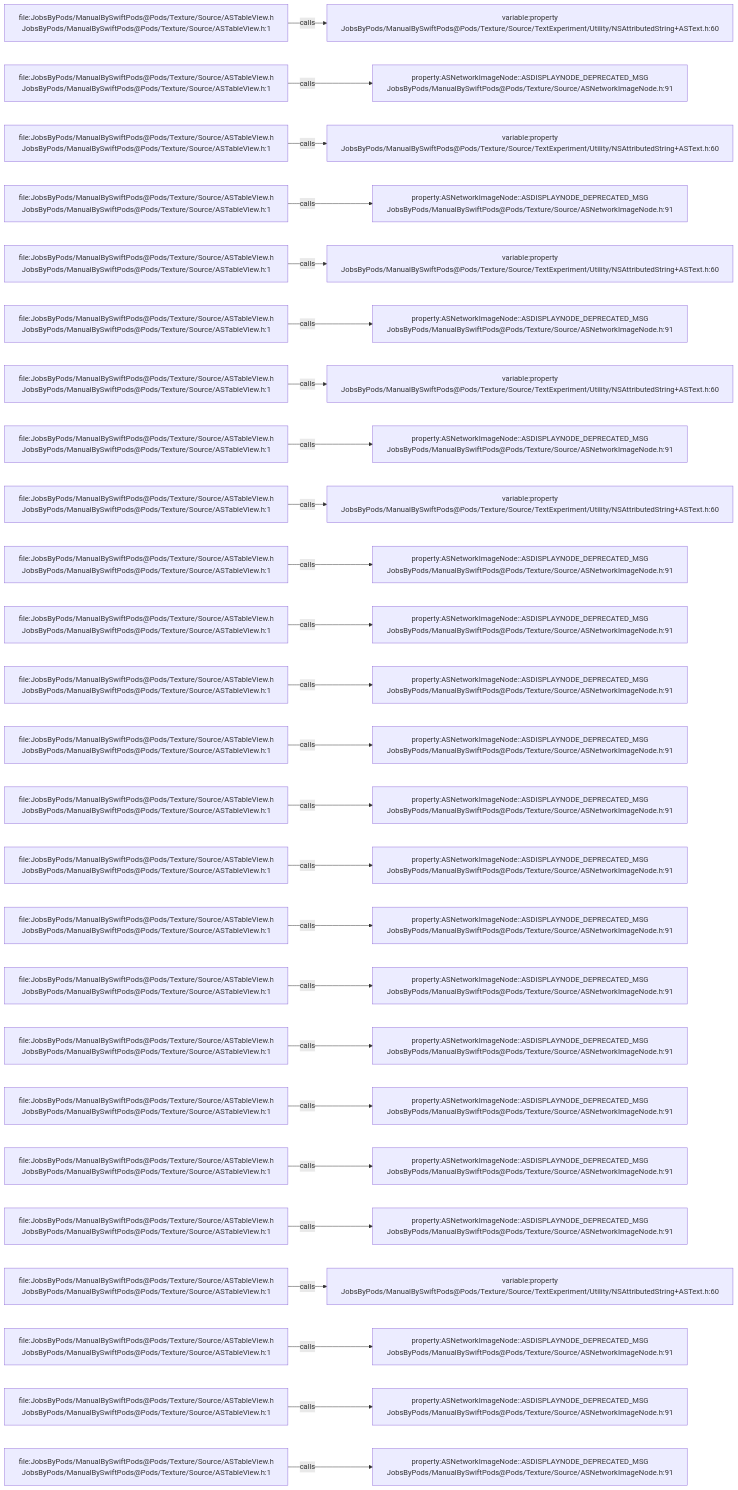
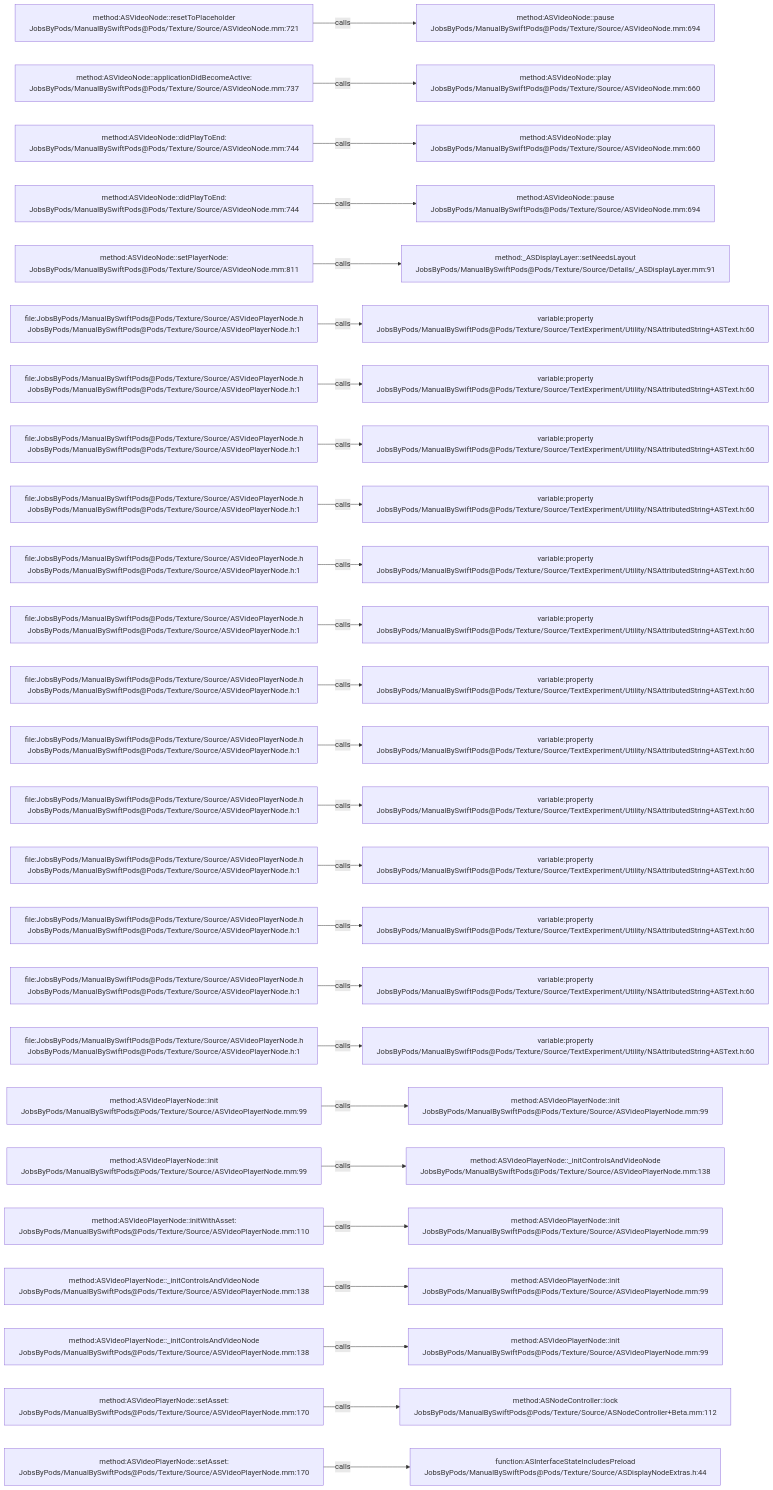
The diagram in .codegraph/codegraph.md/graphs/calls-076.md (JobsKits/JobsSwiftBaseConfigDemo), drawn with Mermaid before and after one commit. The commit also changed 832 other files, not shown here.

````diff
--- a/.codegraph/codegraph.md/graphs/calls-076.md
+++ b/.codegraph/codegraph.md/graphs/calls-076.md
@@ -13,78 +13,78 @@
 ```mermaid
 flowchart LR
-  S1["file:JobsByPods/ManualBySwiftPods@Pods/Texture/Source/ASTableView.h<br/>JobsByPods/ManualBySwiftPods@Pods/Texture/Source/ASTableView.h:1"]
-  T1["variable:property<br/>JobsByPods/ManualBySwiftPods@Pods/Texture/Source/TextExperiment/Utility/NSAttributedString+ASText.h:60"]
+  S1["method:ASVideoNode::resetToPlaceholder<br/>JobsByPods/ManualBySwiftPods@Pods/Texture/Source/ASVideoNode.mm:721"]
+  T1["method:ASVideoNode::pause<br/>JobsByPods/ManualBySwiftPods@Pods/Texture/Source/ASVideoNode.mm:694"]
   S1 -->|calls| T1
-  S2["file:JobsByPods/ManualBySwiftPods@Pods/Texture/Source/ASTableView.h<br/>JobsByPods/ManualBySwiftPods@Pods/Texture/Source/ASTableView.h:1"]
-  T2["property:ASNetworkImageNode::ASDISPLAYNODE_DEPRECATED_MSG<br/>JobsByPods/ManualBySwiftPods@Pods/Texture/Source/ASNetworkImageNode.h:91"]
+  S2["method:ASVideoNode::applicationDidBecomeActive:<br/>JobsByPods/ManualBySwiftPods@Pods/Texture/Source/ASVideoNode.mm:737"]
+  T2["method:ASVideoNode::play<br/>JobsByPods/ManualBySwiftPods@Pods/Texture/Source/ASVideoNode.mm:660"]
   S2 -->|calls| T2
-  S3["file:JobsByPods/ManualBySwiftPods@Pods/Texture/Source/ASTableView.h<br/>JobsByPods/ManualBySwiftPods@Pods/Texture/Source/ASTableView.h:1"]
-  T3["variable:property<br/>JobsByPods/ManualBySwiftPods@Pods/Texture/Source/TextExperiment/Utility/NSAttributedString+ASText.h:60"]
+  S3["method:ASVideoNode::didPlayToEnd:<br/>JobsByPods/ManualBySwiftPods@Pods/Texture/Source/ASVideoNode.mm:744"]
+  T3["method:ASVideoNode::play<br/>JobsByPods/ManualBySwiftPods@Pods/Texture/Source/ASVideoNode.mm:660"]
   S3 -->|calls| T3
-  S4["file:JobsByPods/ManualBySwiftPods@Pods/Texture/Source/ASTableView.h<br/>JobsByPods/ManualBySwiftPods@Pods/Texture/Source/ASTableView.h:1"]
-  T4["property:ASNetworkImageNode::ASDISPLAYNODE_DEPRECATED_MSG<br/>JobsByPods/ManualBySwiftPods@Pods/Texture/Source/ASNetworkImageNode.h:91"]
+  S4["method:ASVideoNode::didPlayToEnd:<br/>JobsByPods/ManualBySwiftPods@Pods/Texture/Source/ASVideoNode.mm:744"]
+  T4["method:ASVideoNode::pause<br/>JobsByPods/ManualBySwiftPods@Pods/Texture/Source/ASVideoNode.mm:694"]
   S4 -->|calls| T4
-  S5["file:JobsByPods/ManualBySwiftPods@Pods/Texture/Source/ASTableView.h<br/>JobsByPods/ManualBySwiftPods@Pods/Texture/Source/ASTableView.h:1"]
-  T5["variable:property<br/>JobsByPods/ManualBySwiftPods@Pods/Texture/Source/TextExperiment/Utility/NSAttributedString+ASText.h:60"]
+  S5["method:ASVideoNode::setPlayerNode:<br/>JobsByPods/ManualBySwiftPods@Pods/Texture/Source/ASVideoNode.mm:811"]
+  T5["method:_ASDisplayLayer::setNeedsLayout<br/>JobsByPods/ManualBySwiftPods@Pods/Texture/Source/Details/_ASDisplayLayer.mm:91"]
   S5 -->|calls| T5
-  S6["file:JobsByPods/ManualBySwiftPods@Pods/Texture/Source/ASTableView.h<br/>JobsByPods/ManualBySwiftPods@Pods/Texture/Source/ASTableView.h:1"]
-  T6["property:ASNetworkImageNode::ASDISPLAYNODE_DEPRECATED_MSG<br/>JobsByPods/ManualBySwiftPods@Pods/Texture/Source/ASNetworkImageNode.h:91"]
+  S6["file:JobsByPods/ManualBySwiftPods@Pods/Texture/Source/ASVideoPlayerNode.h<br/>JobsByPods/ManualBySwiftPods@Pods/Texture/Source/ASVideoPlayerNode.h:1"]
+  T6["variable:property<br/>JobsByPods/ManualBySwiftPods@Pods/Texture/Source/TextExperiment/Utility/NSAttributedString+ASText.h:60"]
   S6 -->|calls| T6
-  S7["file:JobsByPods/ManualBySwiftPods@Pods/Texture/Source/ASTableView.h<br/>JobsByPods/ManualBySwiftPods@Pods/Texture/Source/ASTableView.h:1"]
+  S7["file:JobsByPods/ManualBySwiftPods@Pods/Texture/Source/ASVideoPlayerNode.h<br/>JobsByPods/ManualBySwiftPods@Pods/Texture/Source/ASVideoPlayerNode.h:1"]
   T7["variable:property<br/>JobsByPods/ManualBySwiftPods@Pods/Texture/Source/TextExperiment/Utility/NSAttributedString+ASText.h:60"]
   S7 -->|calls| T7
-  S8["file:JobsByPods/ManualBySwiftPods@Pods/Texture/Source/ASTableView.h<br/>JobsByPods/ManualBySwiftPods@Pods/Texture/Source/ASTableView.h:1"]
-  T8["property:ASNetworkImageNode::ASDISPLAYNODE_DEPRECATED_MSG<br/>JobsByPods/ManualBySwiftPods@Pods/Texture/Source/ASNetworkImageNode.h:91"]
+  S8["file:JobsByPods/ManualBySwiftPods@Pods/Texture/Source/ASVideoPlayerNode.h<br/>JobsByPods/ManualBySwiftPods@Pods/Texture/Source/ASVideoPlayerNode.h:1"]
+  T8["variable:property<br/>JobsByPods/ManualBySwiftPods@Pods/Texture/Source/TextExperiment/Utility/NSAttributedString+ASText.h:60"]
   S8 -->|calls| T8
-  S9["file:JobsByPods/ManualBySwiftPods@Pods/Texture/Source/ASTableView.h<br/>JobsByPods/ManualBySwiftPods@Pods/Texture/Source/ASTableView.h:1"]
+  S9["file:JobsByPods/ManualBySwiftPods@Pods/Texture/Source/ASVideoPlayerNode.h<br/>JobsByPods/ManualBySwiftPods@Pods/Texture/Source/ASVideoPlayerNode.h:1"]
   T9["variable:property<br/>JobsByPods/ManualBySwiftPods@Pods/Texture/Source/TextExperiment/Utility/NSAttributedString+ASText.h:60"]
   S9 -->|calls| T9
-  S10["file:JobsByPods/ManualBySwiftPods@Pods/Texture/Source/ASTableView.h<br/>JobsByPods/ManualBySwiftPods@Pods/Texture/Source/ASTableView.h:1"]
-  T10["property:ASNetworkImageNode::ASDISPLAYNODE_DEPRECATED_MSG<br/>JobsByPods/ManualBySwiftPods@Pods/Texture/Source/ASNetworkImageNode.h:91"]
+  S10["file:JobsByPods/ManualBySwiftPods@Pods/Texture/Source/ASVideoPlayerNode.h<br/>JobsByPods/ManualBySwiftPods@Pods/Texture/Source/ASVideoPlayerNode.h:1"]
+  T10["variable:property<br/>JobsByPods/ManualBySwiftPods@Pods/Texture/Source/TextExperiment/Utility/NSAttributedString+ASText.h:60"]
   S10 -->|calls| T10
-  S11["file:JobsByPods/ManualBySwiftPods@Pods/Texture/Source/ASTableView.h<br/>JobsByPods/ManualBySwiftPods@Pods/Texture/Source/ASTableView.h:1"]
-  T11["property:ASNetworkImageNode::ASDISPLAYNODE_DEPRECATED_MSG<br/>JobsByPods/ManualBySwiftPods@Pods/Texture/Source/ASNetworkImageNode.h:91"]
+  S11["file:JobsByPods/ManualBySwiftPods@Pods/Texture/Source/ASVideoPlayerNode.h<br/>JobsByPods/ManualBySwiftPods@Pods/Texture/Source/ASVideoPlayerNode.h:1"]
+  T11["variable:property<br/>JobsByPods/ManualBySwiftPods@Pods/Texture/Source/TextExperiment/Utility/NSAttributedString+ASText.h:60"]
   S11 -->|calls| T11
-  S12["file:JobsByPods/ManualBySwiftPods@Pods/Texture/Source/ASTableView.h<br/>JobsByPods/ManualBySwiftPods@Pods/Texture/Source/ASTableView.h:1"]
-  T12["property:ASNetworkImageNode::ASDISPLAYNODE_DEPRECATED_MSG<br/>JobsByPods/ManualBySwiftPods@Pods/Texture/Source/ASNetworkImageNode.h:91"]
+  S12["file:JobsByPods/ManualBySwiftPods@Pods/Texture/Source/ASVideoPlayerNode.h<br/>JobsByPods/ManualBySwiftPods@Pods/Texture/Source/ASVideoPlayerNode.h:1"]
+  T12["variable:property<br/>JobsByPods/ManualBySwiftPods@Pods/Texture/Source/TextExperiment/Utility/NSAttributedString+ASText.h:60"]
   S12 -->|calls| T12
-  S13["file:JobsByPods/ManualBySwiftPods@Pods/Texture/Source/ASTableView.h<br/>JobsByPods/ManualBySwiftPods@Pods/Texture/Source/ASTableView.h:1"]
-  T13["property:ASNetworkImageNode::ASDISPLAYNODE_DEPRECATED_MSG<br/>JobsByPods/ManualBySwiftPods@Pods/Texture/Source/ASNetworkImageNode.h:91"]
+  S13["file:JobsByPods/ManualBySwiftPods@Pods/Texture/Source/ASVideoPlayerNode.h<br/>JobsByPods/ManualBySwiftPods@Pods/Texture/Source/ASVideoPlayerNode.h:1"]
+  T13["variable:property<br/>JobsByPods/ManualBySwiftPods@Pods/Texture/Source/TextExperiment/Utility/NSAttributedString+ASText.h:60"]
   S13 -->|calls| T13
-  S14["file:JobsByPods/ManualBySwiftPods@Pods/Texture/Source/ASTableView.h<br/>JobsByPods/ManualBySwiftPods@Pods/Texture/Source/ASTableView.h:1"]
-  T14["property:ASNetworkImageNode::ASDISPLAYNODE_DEPRECATED_MSG<br/>JobsByPods/ManualBySwiftPods@Pods/Texture/Source/ASNetworkImageNode.h:91"]
+  S14["file:JobsByPods/ManualBySwiftPods@Pods/Texture/Source/ASVideoPlayerNode.h<br/>JobsByPods/ManualBySwiftPods@Pods/Texture/Source/ASVideoPlayerNode.h:1"]
+  T14["variable:property<br/>JobsByPods/ManualBySwiftPods@Pods/Texture/Source/TextExperiment/Utility/NSAttributedString+ASText.h:60"]
   S14 -->|calls| T14
-  S15["file:JobsByPods/ManualBySwiftPods@Pods/Texture/Source/ASTableView.h<br/>JobsByPods/ManualBySwiftPods@Pods/Texture/Source/ASTableView.h:1"]
-  T15["property:ASNetworkImageNode::ASDISPLAYNODE_DEPRECATED_MSG<br/>JobsByPods/ManualBySwiftPods@Pods/Texture/Source/ASNetworkImageNode.h:91"]
+  S15["file:JobsByPods/ManualBySwiftPods@Pods/Texture/Source/ASVideoPlayerNode.h<br/>JobsByPods/ManualBySwiftPods@Pods/Texture/Source/ASVideoPlayerNode.h:1"]
+  T15["variable:property<br/>JobsByPods/ManualBySwiftPods@Pods/Texture/Source/TextExperiment/Utility/NSAttributedString+ASText.h:60"]
   S15 -->|calls| T15
-  S16["file:JobsByPods/ManualBySwiftPods@Pods/Texture/Source/ASTableView.h<br/>JobsByPods/ManualBySwiftPods@Pods/Texture/Source/ASTableView.h:1"]
-  T16["property:ASNetworkImageNode::ASDISPLAYNODE_DEPRECATED_MSG<br/>JobsByPods/ManualBySwiftPods@Pods/Texture/Source/ASNetworkImageNode.h:91"]
+  S16["file:JobsByPods/ManualBySwiftPods@Pods/Texture/Source/ASVideoPlayerNode.h<br/>JobsByPods/ManualBySwiftPods@Pods/Texture/Source/ASVideoPlayerNode.h:1"]
+  T16["variable:property<br/>JobsByPods/ManualBySwiftPods@Pods/Texture/Source/TextExperiment/Utility/NSAttributedString+ASText.h:60"]
   S16 -->|calls| T16
-  S17["file:JobsByPods/ManualBySwiftPods@Pods/Texture/Source/ASTableView.h<br/>JobsByPods/ManualBySwiftPods@Pods/Texture/Source/ASTableView.h:1"]
-  T17["property:ASNetworkImageNode::ASDISPLAYNODE_DEPRECATED_MSG<br/>JobsByPods/ManualBySwiftPods@Pods/Texture/Source/ASNetworkImageNode.h:91"]
+  S17["file:JobsByPods/ManualBySwiftPods@Pods/Texture/Source/ASVideoPlayerNode.h<br/>JobsByPods/ManualBySwiftPods@Pods/Texture/Source/ASVideoPlayerNode.h:1"]
+  T17["variable:property<br/>JobsByPods/ManualBySwiftPods@Pods/Texture/Source/TextExperiment/Utility/NSAttributedString+ASText.h:60"]
   S17 -->|calls| T17
-  S18["file:JobsByPods/ManualBySwiftPods@Pods/Texture/Source/ASTableView.h<br/>JobsByPods/ManualBySwiftPods@Pods/Texture/Source/ASTableView.h:1"]
-  T18["property:ASNetworkImageNode::ASDISPLAYNODE_DEPRECATED_MSG<br/>JobsByPods/ManualBySwiftPods@Pods/Texture/Source/ASNetworkImageNode.h:91"]
+  S18["file:JobsByPods/ManualBySwiftPods@Pods/Texture/Source/ASVideoPlayerNode.h<br/>JobsByPods/ManualBySwiftPods@Pods/Texture/Source/ASVideoPlayerNode.h:1"]
+  T18["variable:property<br/>JobsByPods/ManualBySwiftPods@Pods/Texture/Source/TextExperiment/Utility/NSAttributedString+ASText.h:60"]
   S18 -->|calls| T18
-  S19["file:JobsByPods/ManualBySwiftPods@Pods/Texture/Source/ASTableView.h<br/>JobsByPods/ManualBySwiftPods@Pods/Texture/Source/ASTableView.h:1"]
-  T19["property:ASNetworkImageNode::ASDISPLAYNODE_DEPRECATED_MSG<br/>JobsByPods/ManualBySwiftPods@Pods/Texture/Source/ASNetworkImageNode.h:91"]
+  S19["method:ASVideoPlayerNode::init<br/>JobsByPods/ManualBySwiftPods@Pods/Texture/Source/ASVideoPlayerNode.mm:99"]
+  T19["method:ASVideoPlayerNode::init<br/>JobsByPods/ManualBySwiftPods@Pods/Texture/Source/ASVideoPlayerNode.mm:99"]
   S19 -->|calls| T19
-  S20["file:JobsByPods/ManualBySwiftPods@Pods/Texture/Source/ASTableView.h<br/>JobsByPods/ManualBySwiftPods@Pods/Texture/Source/ASTableView.h:1"]
-  T20["property:ASNetworkImageNode::ASDISPLAYNODE_DEPRECATED_MSG<br/>JobsByPods/ManualBySwiftPods@Pods/Texture/Source/ASNetworkImageNode.h:91"]
+  S20["method:ASVideoPlayerNode::init<br/>JobsByPods/ManualBySwiftPods@Pods/Texture/Source/ASVideoPlayerNode.mm:99"]
+  T20["method:ASVideoPlayerNode::_initControlsAndVideoNode<br/>JobsByPods/ManualBySwiftPods@Pods/Texture/Source/ASVideoPlayerNode.mm:138"]
   S20 -->|calls| T20
-  S21["file:JobsByPods/ManualBySwiftPods@Pods/Texture/Source/ASTableView.h<br/>JobsByPods/ManualBySwiftPods@Pods/Texture/Source/ASTableView.h:1"]
-  T21["property:ASNetworkImageNode::ASDISPLAYNODE_DEPRECATED_MSG<br/>JobsByPods/ManualBySwiftPods@Pods/Texture/Source/ASNetworkImageNode.h:91"]
+  S21["method:ASVideoPlayerNode::initWithAsset:<br/>JobsByPods/ManualBySwiftPods@Pods/Texture/Source/ASVideoPlayerNode.mm:110"]
+  T21["method:ASVideoPlayerNode::init<br/>JobsByPods/ManualBySwiftPods@Pods/Texture/Source/ASVideoPlayerNode.mm:99"]
   S21 -->|calls| T21
-  S22["file:JobsByPods/ManualBySwiftPods@Pods/Texture/Source/ASTableView.h<br/>JobsByPods/ManualBySwiftPods@Pods/Texture/Source/ASTableView.h:1"]
-  T22["variable:property<br/>JobsByPods/ManualBySwiftPods@Pods/Texture/Source/TextExperiment/Utility/NSAttributedString+ASText.h:60"]
+  S22["method:ASVideoPlayerNode::_initControlsAndVideoNode<br/>JobsByPods/ManualBySwiftPods@Pods/Texture/Source/ASVideoPlayerNode.mm:138"]
+  T22["method:ASVideoPlayerNode::init<br/>JobsByPods/ManualBySwiftPods@Pods/Texture/Source/ASVideoPlayerNode.mm:99"]
   S22 -->|calls| T22
-  S23["file:JobsByPods/ManualBySwiftPods@Pods/Texture/Source/ASTableView.h<br/>JobsByPods/ManualBySwiftPods@Pods/Texture/Source/ASTableView.h:1"]
-  T23["property:ASNetworkImageNode::ASDISPLAYNODE_DEPRECATED_MSG<br/>JobsByPods/ManualBySwiftPods@Pods/Texture/Source/ASNetworkImageNode.h:91"]
+  S23["method:ASVideoPlayerNode::_initControlsAndVideoNode<br/>JobsByPods/ManualBySwiftPods@Pods/Texture/Source/ASVideoPlayerNode.mm:138"]
+  T23["method:ASVideoPlayerNode::init<br/>JobsByPods/ManualBySwiftPods@Pods/Texture/Source/ASVideoPlayerNode.mm:99"]
   S23 -->|calls| T23
-  S24["file:JobsByPods/ManualBySwiftPods@Pods/Texture/Source/ASTableView.h<br/>JobsByPods/ManualBySwiftPods@Pods/Texture/Source/ASTableView.h:1"]
-  T24["property:ASNetworkImageNode::ASDISPLAYNODE_DEPRECATED_MSG<br/>JobsByPods/ManualBySwiftPods@Pods/Texture/Source/ASNetworkImageNode.h:91"]
+  S24["method:ASVideoPlayerNode::setAsset:<br/>JobsByPods/ManualBySwiftPods@Pods/Texture/Source/ASVideoPlayerNode.mm:170"]
+  T24["method:ASNodeController::lock<br/>JobsByPods/ManualBySwiftPods@Pods/Texture/Source/ASNodeController+Beta.mm:112"]
   S24 -->|calls| T24
-  S25["file:JobsByPods/ManualBySwiftPods@Pods/Texture/Source/ASTableView.h<br/>JobsByPods/ManualBySwiftPods@Pods/Texture/Source/ASTableView.h:1"]
-  T25["property:ASNetworkImageNode::ASDISPLAYNODE_DEPRECATED_MSG<br/>JobsByPods/ManualBySwiftPods@Pods/Texture/Source/ASNetworkImageNode.h:91"]
+  S25["method:ASVideoPlayerNode::setAsset:<br/>JobsByPods/ManualBySwiftPods@Pods/Texture/Source/ASVideoPlayerNode.mm:170"]
+  T25["function:ASInterfaceStateIncludesPreload<br/>JobsByPods/ManualBySwiftPods@Pods/Texture/Source/ASDisplayNodeExtras.h:44"]
   S25 -->|calls| T25
 ```
````
